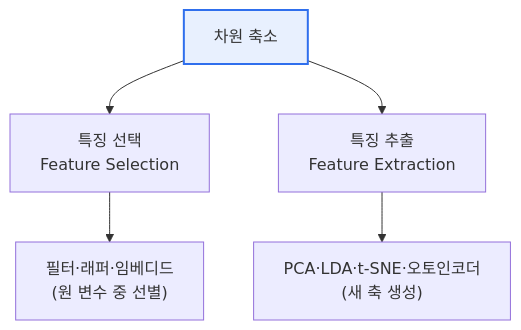
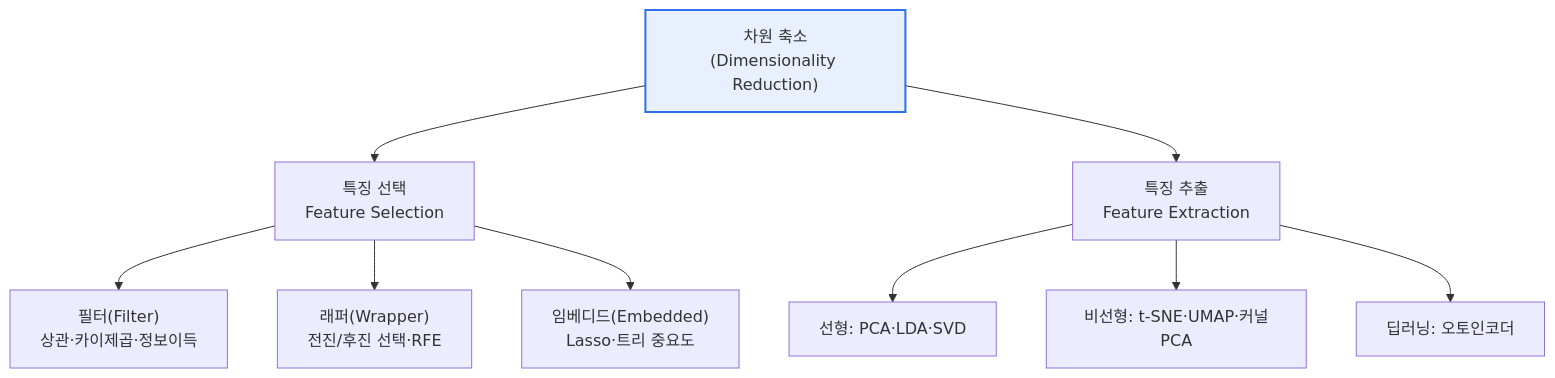
Before and after one commit to coninggu/wjdqhrhksflrltnftk: the first of 2 diagrams in content/dimensionality-reduction.md, drawn with Mermaid. The commit also changed other lines of this file and 3 other files, not shown here.

Commit message:
Deepen 데이터 차원 축소(Dimensionality Reduction), 페이징과 세그멘테이션 (auto)

````diff
--- a/content/dimensionality-reduction.md
+++ b/content/dimensionality-reduction.md
@@ -15,8 +21,12 @@
 ```mermaid
 flowchart TB
-  D[차원 축소] --> S["특징 선택<br/>Feature Selection"]
+  D["차원 축소<br/>(Dimensionality Reduction)"] --> S["특징 선택<br/>Feature Selection"]
   D --> E["특징 추출<br/>Feature Extraction"]
-  S --> S1["필터·래퍼·임베디드<br/>(원 변수 중 선별)"]
-  E --> E1["PCA·LDA·t-SNE·오토인코더<br/>(새 축 생성)"]
+  S --> S1["필터(Filter)<br/>상관·카이제곱·정보이득"]
+  S --> S2["래퍼(Wrapper)<br/>전진/후진 선택·RFE"]
+  S --> S3["임베디드(Embedded)<br/>Lasso·트리 중요도"]
+  E --> E1["선형: PCA·LDA·SVD"]
+  E --> E2["비선형: t-SNE·UMAP·커널PCA"]
+  E --> E3["딥러닝: 오토인코더"]
   style D fill:#e8f0fe,stroke:#2f6fed,stroke-width:2px
 ```
````
